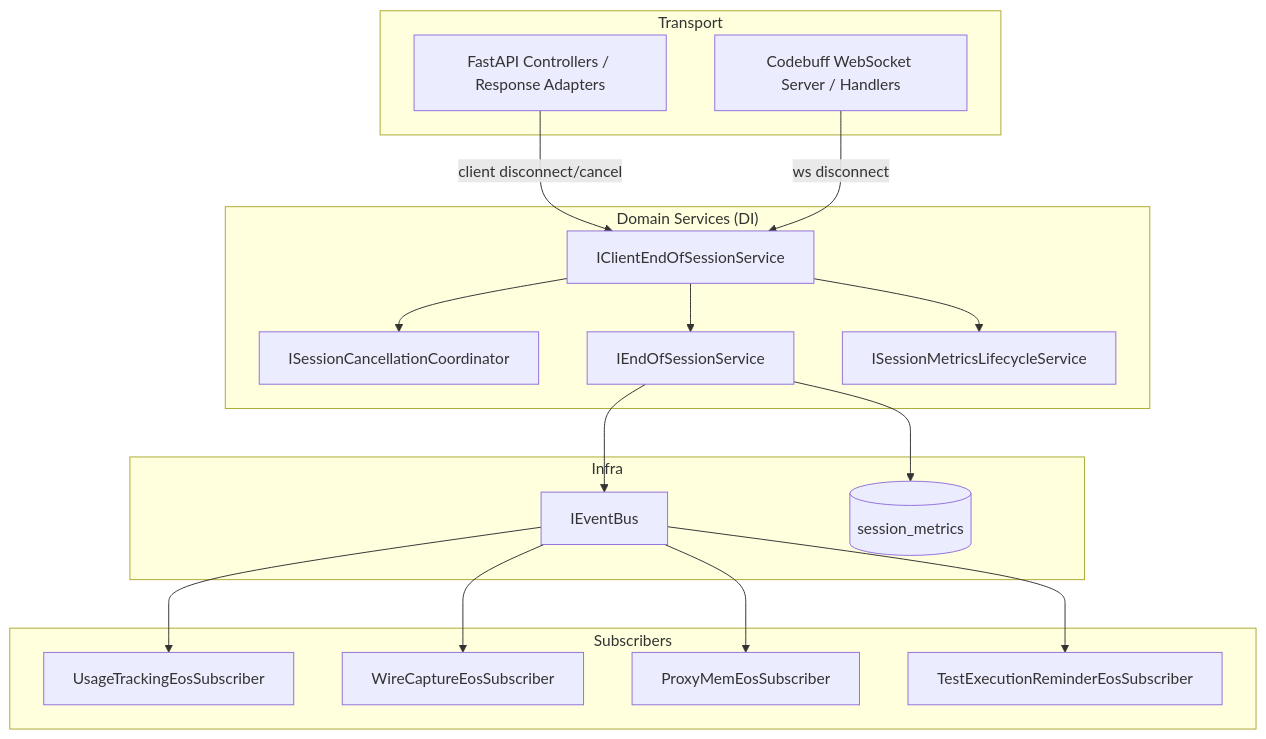
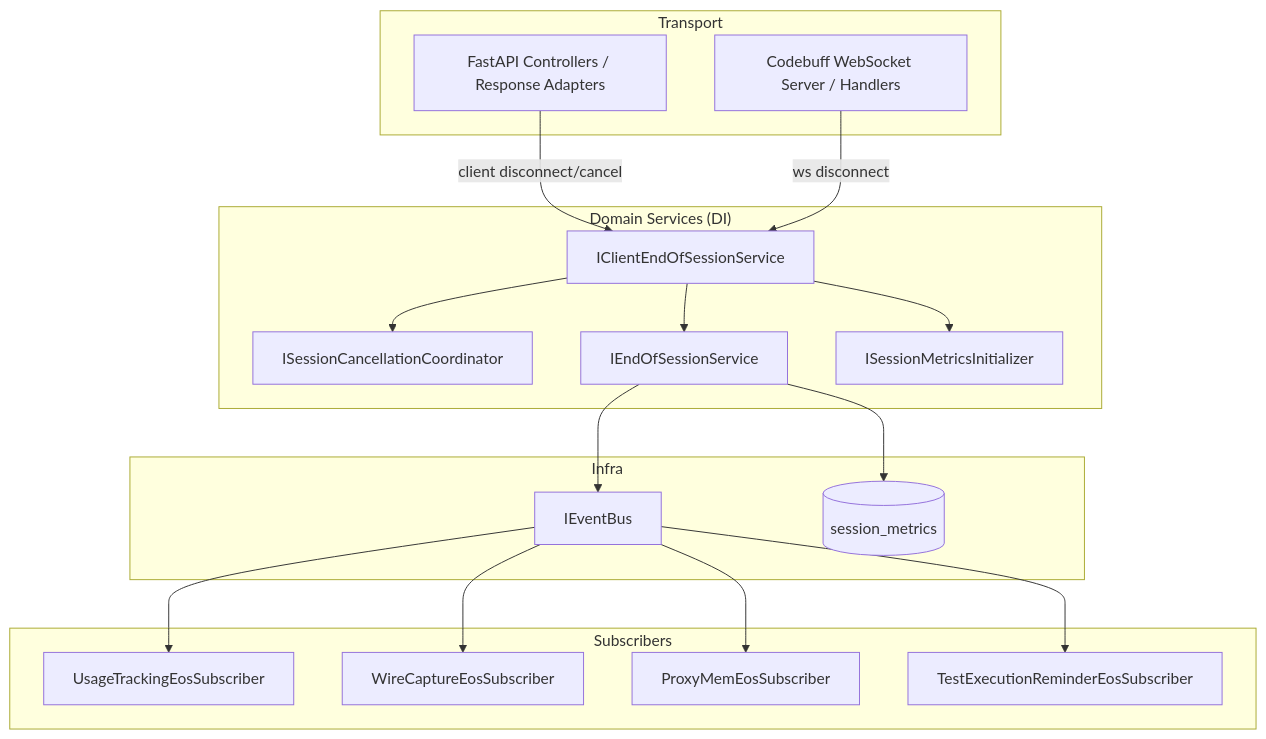
One commit to matdev83/llm-interactive-proxy changed the first of 7 diagrams in .kiro/specs/client-end-of-session-handling/design.md. Above: the diagram before and after it, drawn with Mermaid. The commit also changed other lines of this file and 1 other file, not shown here.

````diff
--- a/.kiro/specs/client-end-of-session-handling/design.md
+++ b/.kiro/specs/client-end-of-session-handling/design.md
@@ -43,40 +66,40 @@
 ```mermaid
 graph TB
   subgraph Transport
     FastAPI[FastAPI Controllers / Response Adapters]
     Codebuff[Codebuff WebSocket Server / Handlers]
   end
 
   subgraph Domain_Services["Domain Services (DI)"]
     ClientEos[IClientEndOfSessionService]
     CancelCoord[ISessionCancellationCoordinator]
     Eos[IEndOfSessionService]
-    MetricsInit[ISessionMetricsLifecycleService]
+    MetricsInit[ISessionMetricsInitializer]
   end
 
   subgraph Infra
     EventBus[IEventBus]
     SessionMetricsDB[(session_metrics)]
   end
 
   subgraph Subscribers
     UsageSub[UsageTrackingEosSubscriber]
     WireSub[WireCaptureEosSubscriber]
     MemSub[ProxyMemEosSubscriber]
     TestSub[TestExecutionReminderEosSubscriber]
   end
 
   FastAPI -->|client disconnect/cancel| ClientEos
   Codebuff -->|ws disconnect| ClientEos
 
   ClientEos --> CancelCoord
   ClientEos --> Eos
   ClientEos --> MetricsInit
 
   Eos --> SessionMetricsDB
   Eos --> EventBus
   EventBus --> UsageSub
   EventBus --> WireSub
   EventBus --> MemSub
   EventBus --> TestSub
 ```
````
